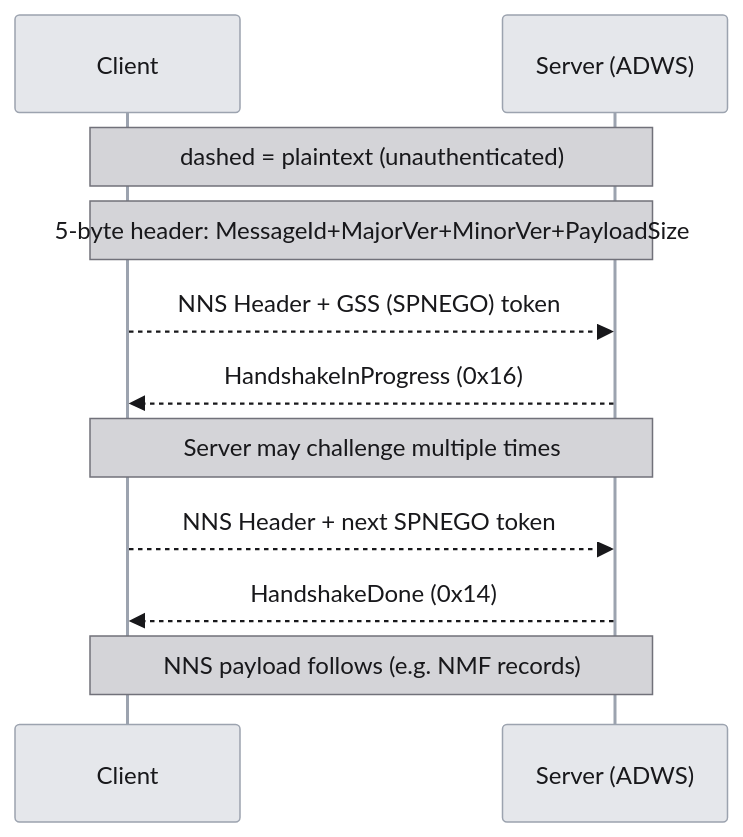
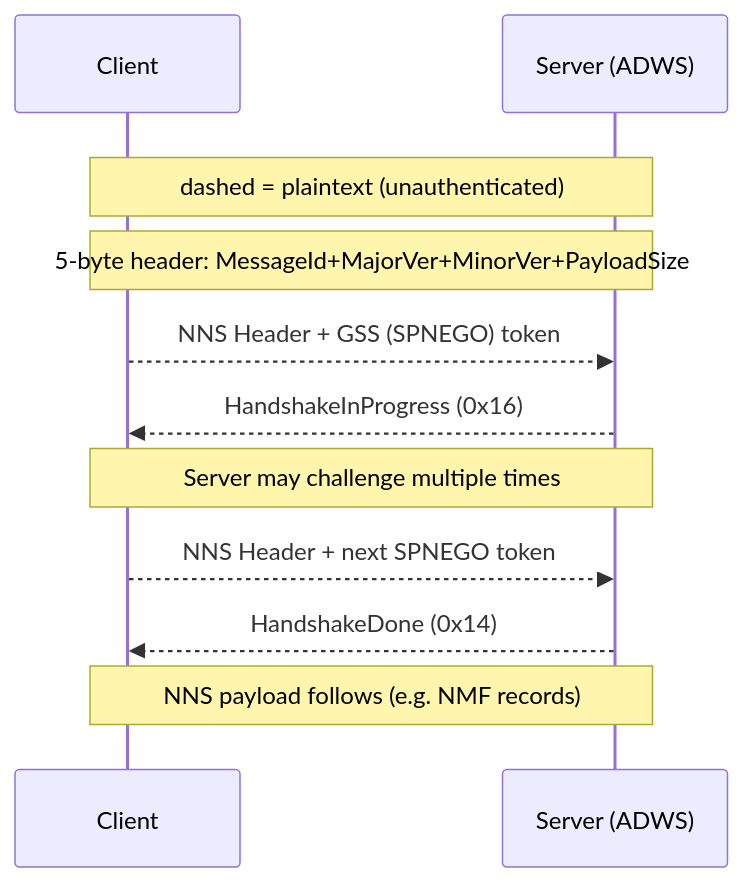
One commit to Macmod/ginpacket-wiki changed the fourth of 4 diagrams in articles/adws-the-soap-bridge.md. Above: the diagram before and after it, drawn with Mermaid. The commit also changed other lines of this file, not shown here.

Commit message:
Testing mermaid.

````diff
--- a/articles/adws-the-soap-bridge.md
+++ b/articles/adws-the-soap-bridge.md
@@ -532,30 +518,16 @@
 ```mermaid
-%%{init: {'theme': 'base', 'themeCSS': 'svg { background: #ffffff; border-radius: 6px; }', 'themeVariables': {
-  'background': '#ffffff',
-  'actorBkg': '#e5e7eb',
-  'actorBorder': '#9ca3af',
-  'actorTextColor': '#18181b',
-  'actorLineColor': '#9ca3af',
-  'signalColor': '#18181b',
-  'signalTextColor': '#18181b',
-  'labelBoxBkgColor': '#e5e7eb',
-  'labelBoxBorderColor': '#9ca3af',
-  'labelTextColor': '#18181b',
-  'loopTextColor': '#18181b',
-  'noteBkgColor': '#d4d4d8',
-  'noteBorderColor': '#71717a',
-  'noteTextColor': '#18181b'
-}}}%%
 sequenceDiagram
     participant C as Client
     participant S as Server (ADWS)
 
+    rect rgb(255, 255, 255)
     Note over C,S: dashed = plaintext (unauthenticated)
     Note over C,S: 5-byte header: MessageId+MajorVer+MinorVer+PayloadSize
     C-->>S: NNS Header + GSS (SPNEGO) token
     S-->>C: HandshakeInProgress (0x16)
     Note over C,S: Server may challenge multiple times
     C-->>S: NNS Header + next SPNEGO token
     S-->>C: HandshakeDone (0x14)
     Note over C,S: NNS payload follows (e.g. NMF records)
+    end
 ```
````
